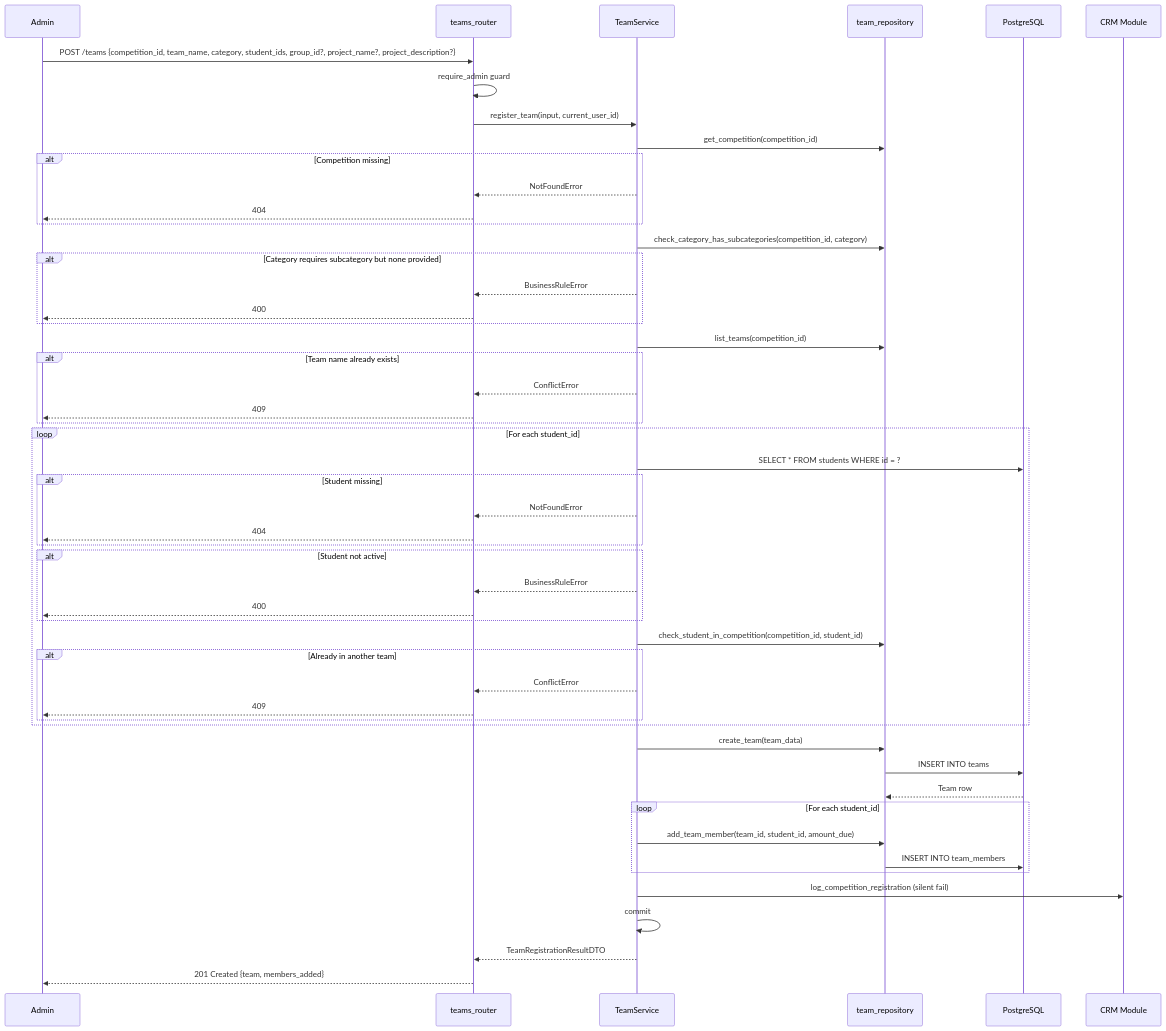
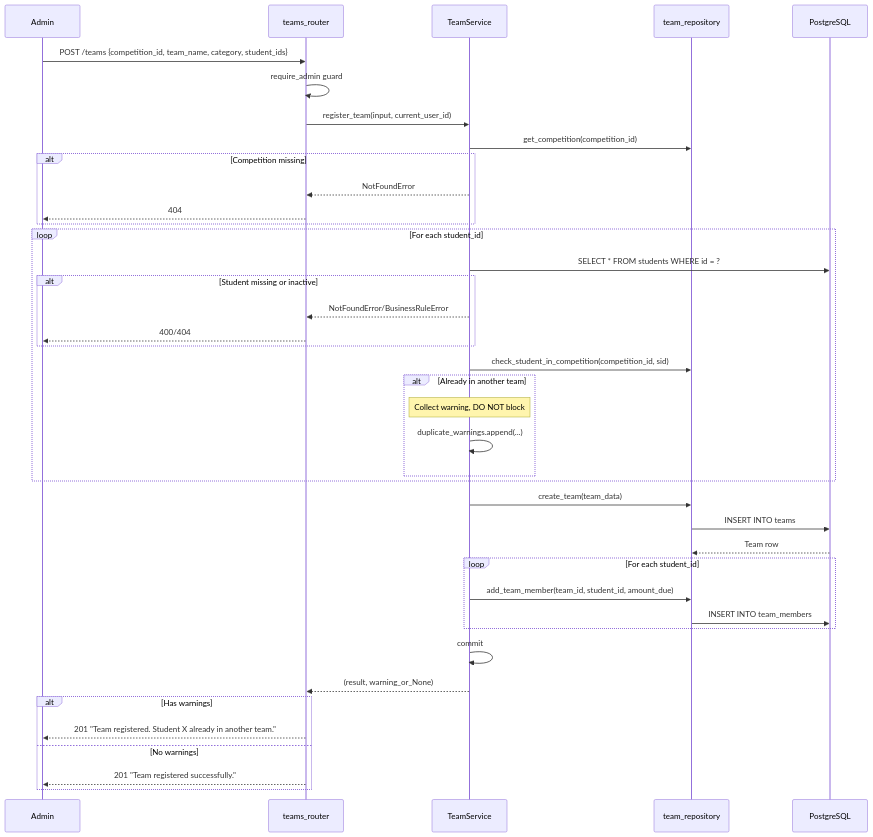
One commit to ibrhmahmd/techno-terminal changed the third of 8 diagrams in specs/010-competition-feature-enhancements/audit-report.md. Above: the diagram before and after it, drawn with Mermaid. The commit also changed other lines of this file and 27 other files, not shown here.

````diff
--- a/specs/010-competition-feature-enhancements/audit-report.md
+++ b/specs/010-competition-feature-enhancements/audit-report.md
@@ -157,62 +154,48 @@
 ```mermaid
 sequenceDiagram
     participant Admin
     participant Router as teams_router
     participant Service as TeamService
     participant Repo as team_repository
     participant DB as PostgreSQL
-    participant CRM as CRM Module
 
-    Admin->>Router: POST /teams {competition_id, team_name, category, student_ids, group_id?, project_name?, project_description?}
+    Admin->>Router: POST /teams {competition_id, team_name, category, student_ids}
     Router->>Router: require_admin guard
     Router->>Service: register_team(input, current_user_id)
 
     Service->>Repo: get_competition(competition_id)
     alt Competition missing
         Service-->>Router: NotFoundError
         Router-->>Admin: 404
     end
 
-    Service->>Repo: check_category_has_subcategories(competition_id, category)
-    alt Category requires subcategory but none provided
-        Service-->>Router: BusinessRuleError
-        Router-->>Admin: 400
-    end
-
-    Service->>Repo: list_teams(competition_id)
-    alt Team name already exists
-        Service-->>Router: ConflictError
-        Router-->>Admin: 409
-    end
-
     loop For each student_id
         Service->>DB: SELECT * FROM students WHERE id = ?
-        alt Student missing
-            Service-->>Router: NotFoundError
-            Router-->>Admin: 404
+        alt Student missing or inactive
+            Service-->>Router: NotFoundError/BusinessRuleError
+            Router-->>Admin: 400/404
         end
-        alt Student not active
-            Service-->>Router: BusinessRuleError
-            Router-->>Admin: 400
-        end
-        Service->>Repo: check_student_in_competition(competition_id, student_id)
+        Service->>Repo: check_student_in_competition(competition_id, sid)
         alt Already in another team
-            Service-->>Router: ConflictError
-            Router-->>Admin: 409
+            Note over Service: Collect warning, DO NOT block
+            Service->>Service: duplicate_warnings.append(...)
         end
     end
 
     Service->>Repo: create_team(team_data)
     Repo->>DB: INSERT INTO teams
     DB-->>Repo: Team row
 
     loop For each student_id
         Service->>Repo: add_team_member(team_id, student_id, amount_due)
         Repo->>DB: INSERT INTO team_members
     end
 
-    Service->>CRM: log_competition_registration (silent fail)
     Service->>Service: commit
-    Service-->>Router: TeamRegistrationResultDTO
-    Router-->>Admin: 201 Created {team, members_added}
+    Service-->>Router: (result, warning_or_None)
+    alt Has warnings
+        Router-->>Admin: 201 "Team registered. Student X already in another team."
+    else No warnings
+        Router-->>Admin: 201 "Team registered successfully."
+    end
 ```
````
